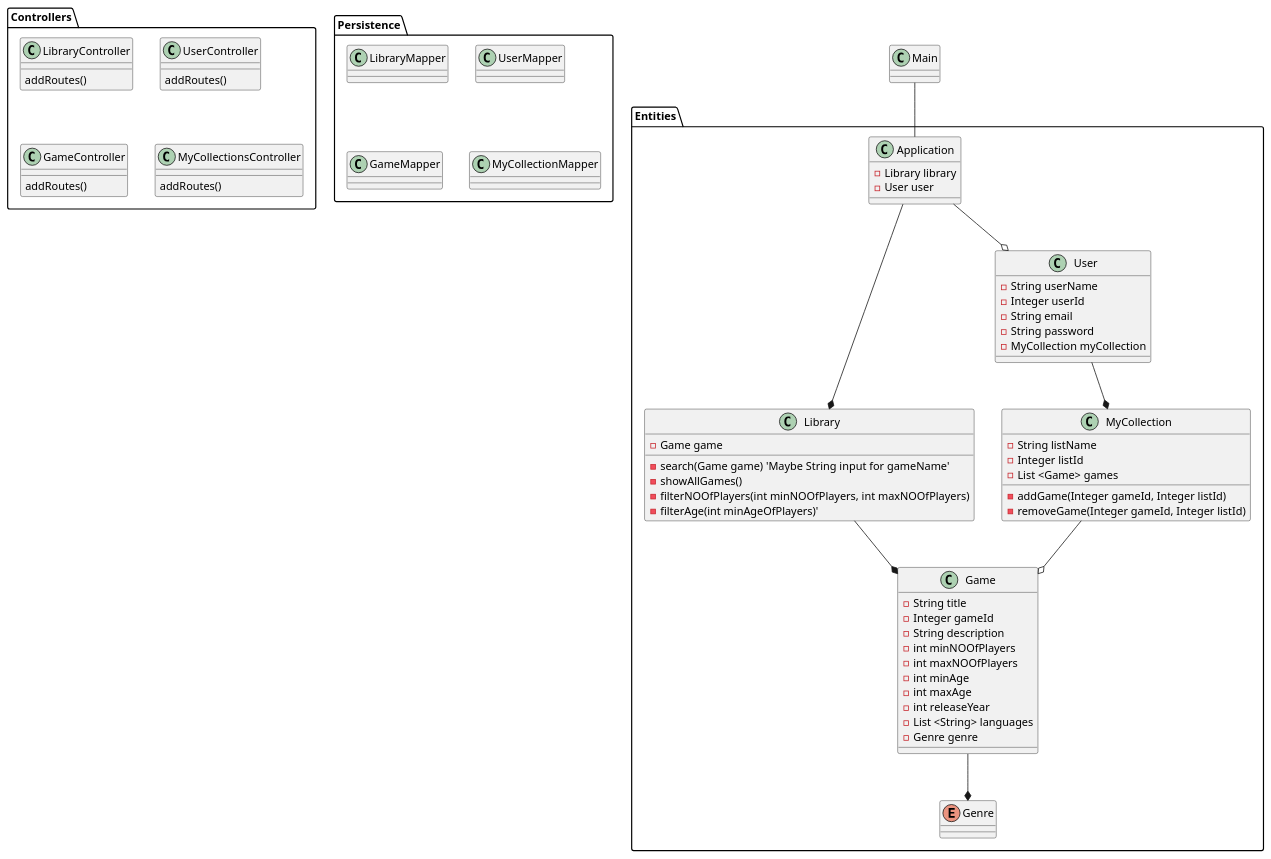
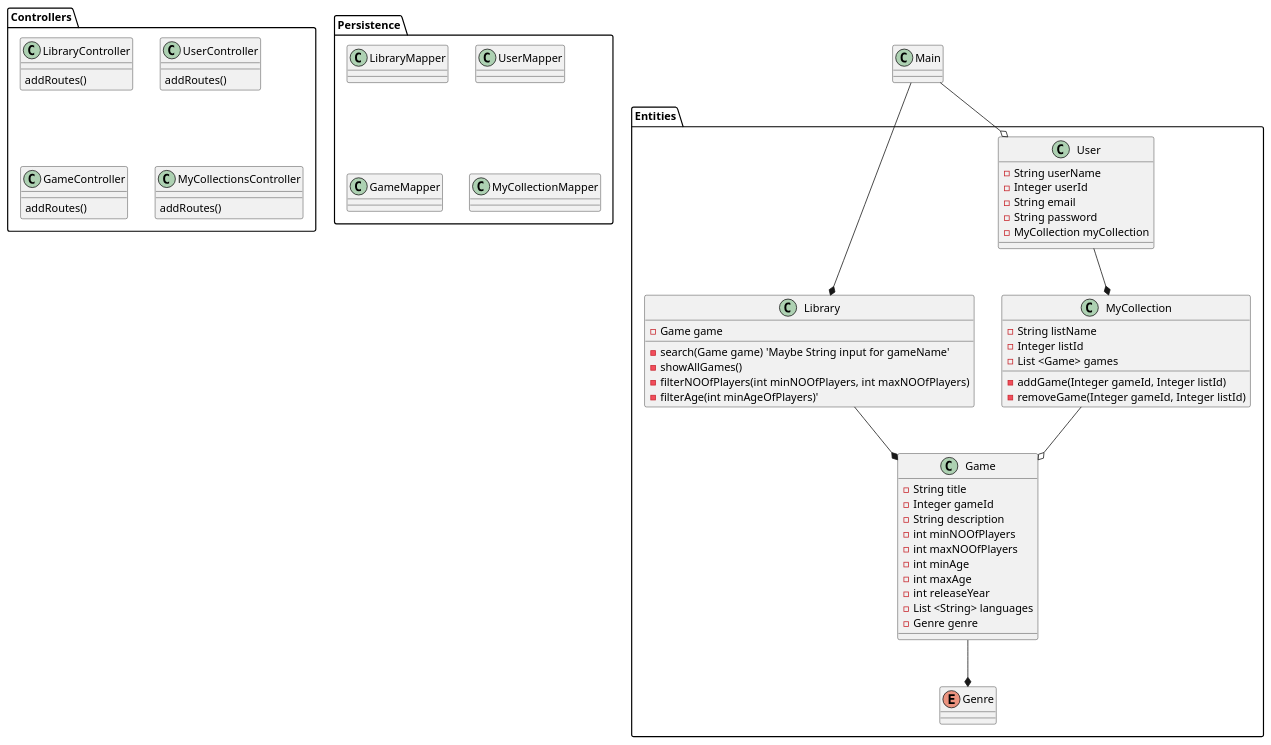
Before and after one commit to RikkeMariussen/Braetspil: the diagram in klasseDiagramUS1+2.puml, drawn with PlantUML. The commit also changed 2 other files, not shown here.

Commit message:
Refactor functional requirements and domain model: removed Application class and updated relationships in UML diagrams

```diff
--- a/klasseDiagramUS1+2.puml
+++ b/klasseDiagramUS1+2.puml
@@ -1,104 +1,99 @@
 @startuml ClassDiagramUS1+2
 'Alt+D = preview
 
 
 class Main{
 'BoardGameApp
 }
 
 package Entities{
 
-    class Application{
-        -Library library
-        -User user
-        'Getters and setters'
-    }
 
     class Library{
         -Game game
         -search(Game game) 'Maybe String input for gameName'
         -showAllGames()
         '-filter(Enum genre)
         -filterNOOfPlayers(int minNOOfPlayers, int maxNOOfPlayers)
         -filterAge(int minAgeOfPlayers)'
     }
 
     class User{
         -String userName
         -Integer userId
         -String email
         -String password
         -MyCollection myCollection
         'Getters and setters'
     }
 
     class MyCollection{
         -String listName
         -Integer listId
         -List <Game> games
         'Det er listen der bruger funktionerne, spillet bliver bare sendt med rundt.'
         -addGame(Integer gameId, Integer listId)
         -removeGame(Integer gameId, Integer listId)
     } 
 
     class Game {
         -String title
         -Integer gameId
         -String description
         -int minNOOfPlayers
         -int maxNOOfPlayers
         -int minAge
         -int maxAge
         -int releaseYear
         -List <String> languages
         -Genre genre
         'Getters and setters'
     }
 
     enum Genre{
     }
 }
 
 'Vi har ikke fokus på persistence og controllers i denne iteration, hvorfor vi bare har de to packages med, men ikke har udviklet dem
 package Controllers{
     class LibraryController{
         addRoutes()
     }
 
     class UserController{
         addRoutes()
     }
 
     class GameController{
         addRoutes()
     }
 
     class MyCollectionsController{
         addRoutes()
     }
 
 }
 
 package Persistence{
     class LibraryMapper{}
 
     class UserMapper{}
 
     class GameMapper{}
 
     class MyCollectionMapper{}
 
 }
 
 'Relations
 'Entities
-Main -- Application
-Application --* Library
-Application --o User
+
+Main --* Library
+Main --o User
 User --* MyCollection
 MyCollection --o Game
 Library --* Game
 Game --* Genre
 
 
 @enduml
```
